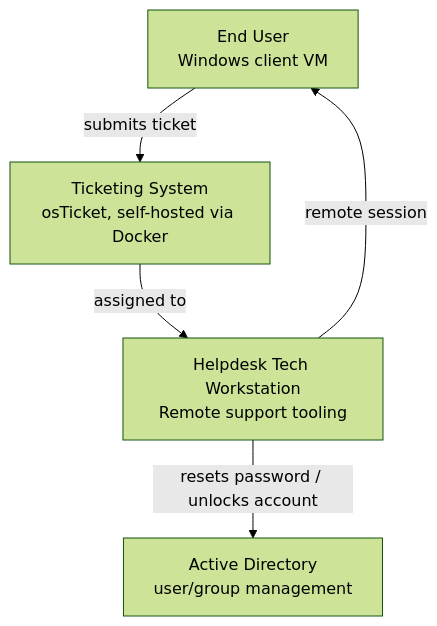
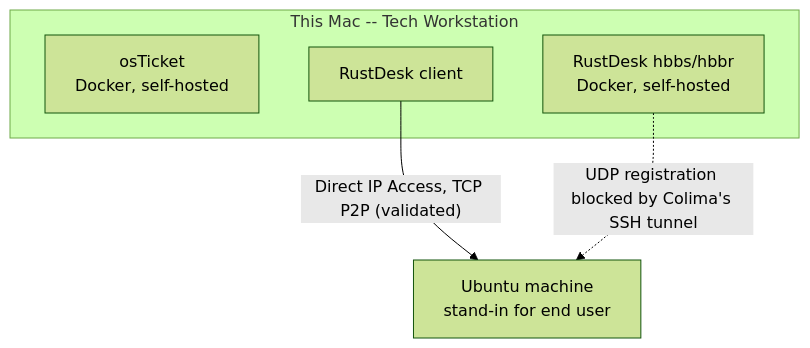
Before and after one commit to owenncampbell/helpdesk-lab: the diagram in README.md, drawn with Mermaid (forest theme). The commit also changed other lines of this file, not shown here.

Commit message:
Replace target architecture with actual, as-built architecture
The diagram and surrounding sections described an aspirational
end-to-end design (Windows client VM, AD integration) as if it were
the current state. Replace it with what's actually running: osTicket
and the RustDesk server in Docker on this Mac, with remote support
validated via Direct IP Access against a second physical machine,
since the self-hosted rendezvous server is UDP-blocked under Colima.
Update the why-this-design and tools sections to match.

````diff
--- a/README.md
+++ b/README.md
@@ -18,12 +18,12 @@
 ```mermaid
 flowchart TB
-    USER[End User<br/>Windows client VM]
-    TICKET[Ticketing System<br/>osTicket, self-hosted via Docker]
-    TECH[Helpdesk Tech Workstation<br/>Remote support tooling]
-    AD[Active Directory<br/>user/group management]
+    subgraph MAC[This Mac -- Tech Workstation]
+        TICKET[osTicket<br/>Docker, self-hosted]
+        HBBS[RustDesk hbbs/hbbr<br/>Docker, self-hosted]
+        RDCLIENT[RustDesk client]
+    end
+    UBUNTU[Ubuntu machine<br/>stand-in for end user]
 
-    USER -- submits ticket --> TICKET
-    TICKET -- assigned to --> TECH
-    TECH -- remote session --> USER
-    TECH -- resets password / unlocks account --> AD
+    RDCLIENT -- "Direct IP Access, TCP P2P (validated)" --> UBUNTU
+    HBBS -. "UDP registration blocked by Colima's SSH tunnel" .-> UBUNTU
 ```
````
